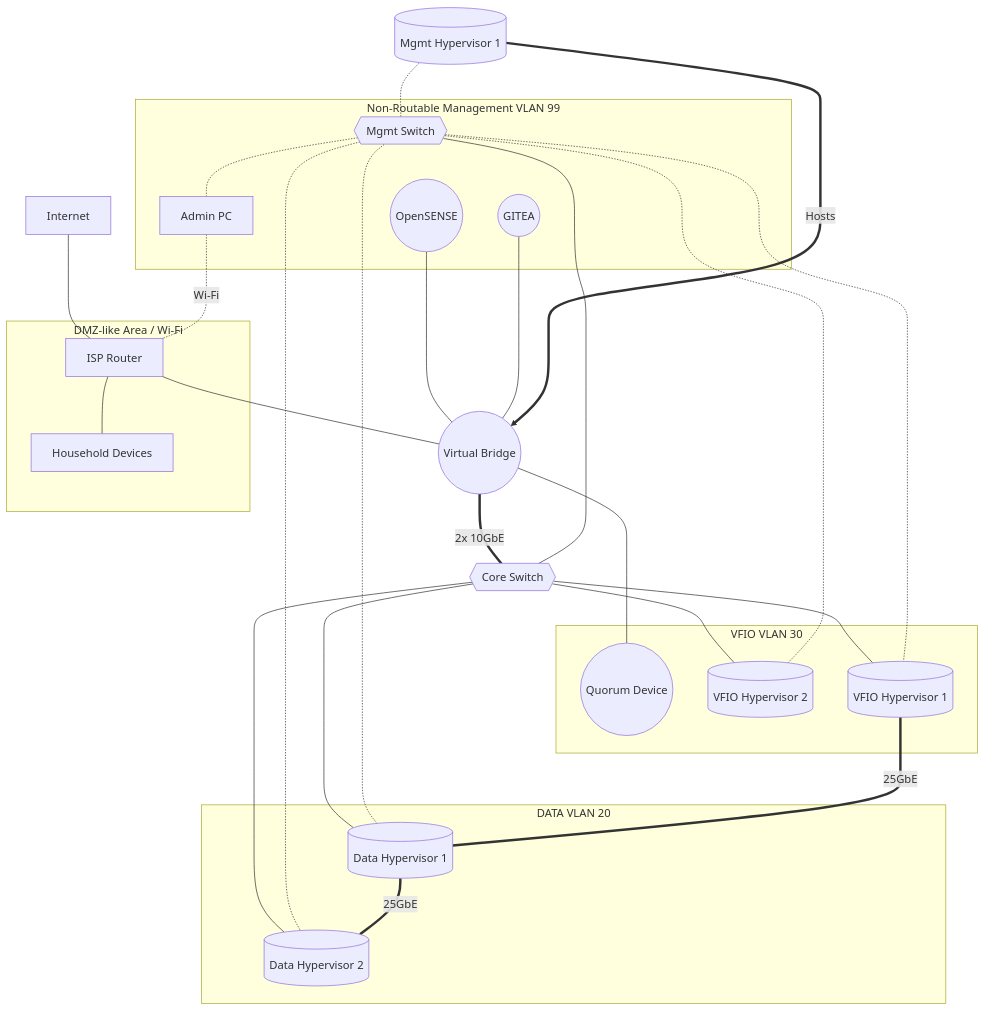
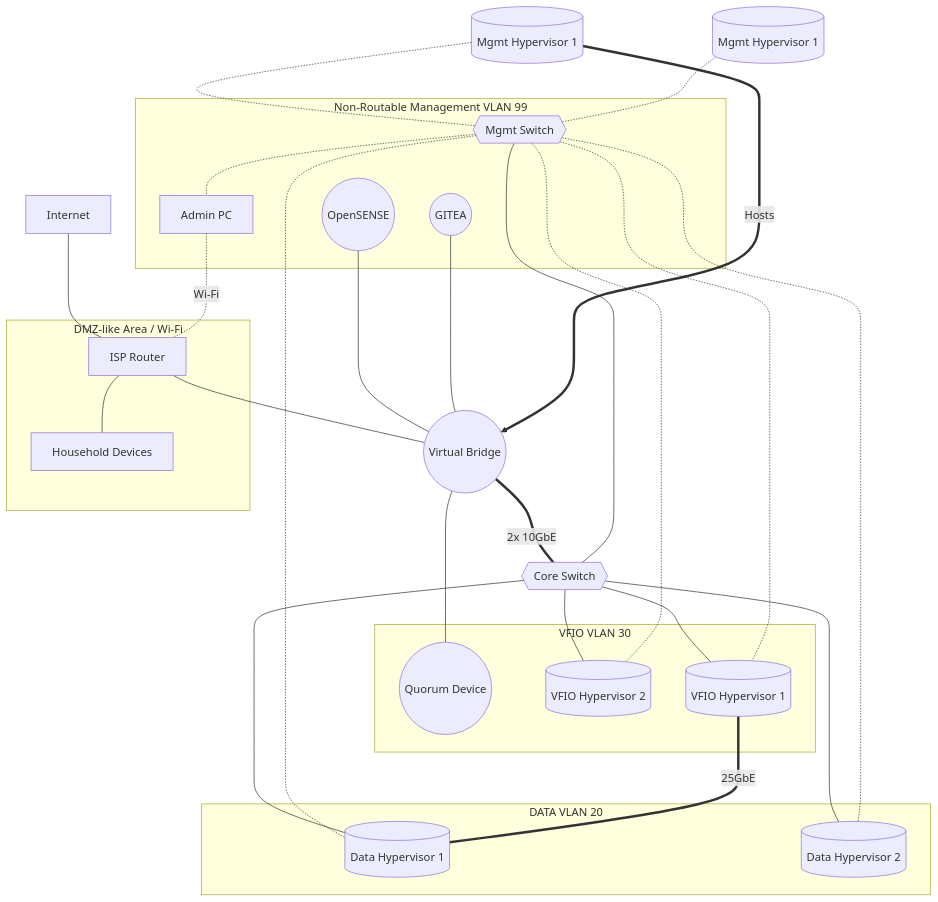
The diagram in arc/net1.md (woeiru/lab), drawn with Mermaid before and after one commit.

Commit message:
arc/net1.md: add MH2 hypervisor and cleanup connections

````diff
--- a/arc/net1.md
+++ b/arc/net1.md
@@ -3,44 +3,44 @@
 ```mermaid
 graph TD
     INT[Internet] --- ISPR[ISP Router]
     ISPR --- VB((Virtual Bridge))
     OPN((OpenSENSE)) --- VB
     GIT((GITEA)) --- VB
     VB --- QD((Quorum Device))
     VB ===|2x 10GbE| CS{{Core Switch}}
     MH1[(Mgmt Hypervisor 1)] -.-  MS{{Mgmt Switch}}
+    MH2[(Mgmt Hypervisor 1)] -.-  MS{{Mgmt Switch}}
     MS --- CS
     MS -.- APC[Admin PC]
     APC -.-|Wi-Fi| ISPR
     MH1 ==>|Hosts| VB
     CS --- VH2[(VFIO Hypervisor 2)]
     MS -.- VH2
     ISPR --- HD[Household Devices]
     CS --- VH1[(VFIO Hypervisor 1)]
     MS -.- VH1
     CS --- DH1[(Data Hypervisor 1)]
     MS -.- DH1
     CS --- DH2[(Data Hypervisor 2)]
     MS -.- DH2
     VH1 ===|25GbE| DH1
-    DH1 ===|25GbE| DH2
     subgraph VLAN20 [DATA VLAN 20]
         DH1
         DH2
     end
     subgraph VLAN30 [VFIO VLAN 30]
         VH1
         VH2
         QD
     end
     subgraph VLAN99 [Non-Routable Management VLAN 99]
         MS
         APC
         OPN
         GIT
     end
     subgraph DMZ [DMZ-like Area / Wi-Fi]
         ISPR
         HD
     end
 ```
````
